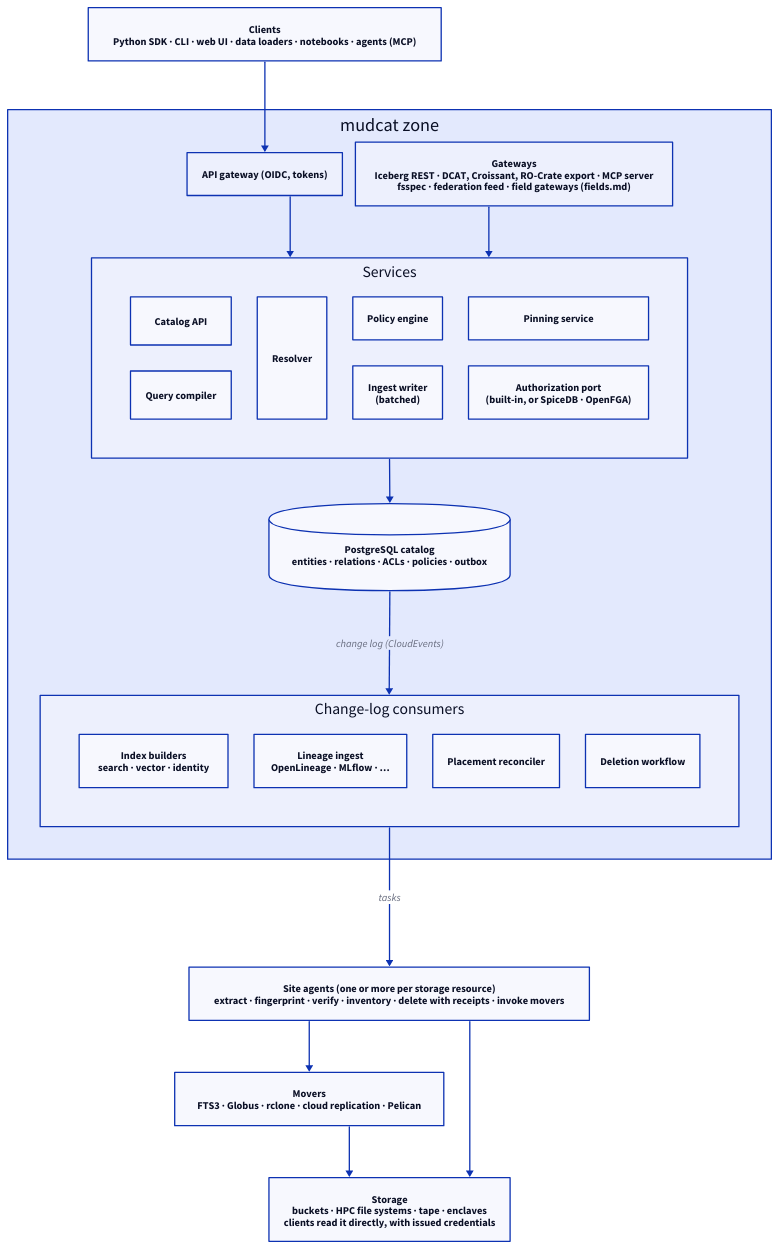
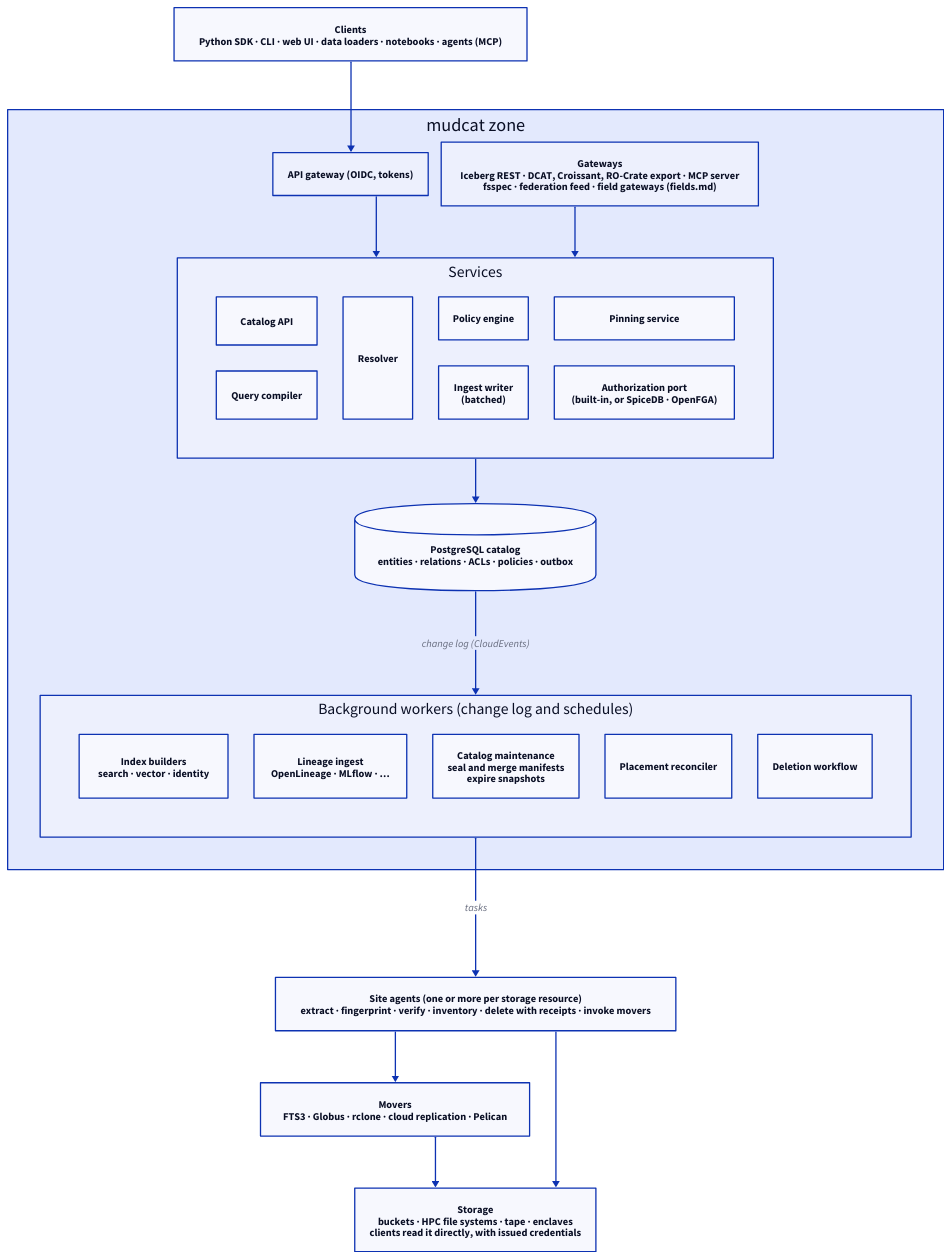
One commit to brianv0/mudcat changed the diagram in docs/architecture.md. Above: the diagram before and after it, drawn with D2. The commit also changed other lines of this file and 1 other file, not shown here.

First line of the commit message:
Split maintenance between catalog maintenance and site agents

````diff
--- a/docs/architecture.md
+++ b/docs/architecture.md
@@ -31,54 +31,55 @@
 ```d2
 vars: {
   d2-config: {
     layout-engine: elk
   }
 }
 direction: down
 
 clients: "Clients\nPython SDK · CLI · web UI · data loaders · notebooks · agents (MCP)"
 
 zone: mudcat zone {
   gateway: "API gateway (OIDC, tokens)"
   gateways: "Gateways\nIceberg REST · DCAT, Croissant, RO-Crate export · MCP server\nfsspec · federation feed · field gateways (fields.md)"
 
   services: Services {
     grid-columns: 4
     api: Catalog API
     query: Query compiler
     resolver: Resolver
     policy: Policy engine
     ingest: "Ingest writer\n(batched)"
     pinning: Pinning service
     authz: "Authorization port\n(built-in, or SpiceDB · OpenFGA)"
   }
 
   db: "PostgreSQL catalog\nentities · relations · ACLs · policies · outbox" {
     shape: cylinder
   }
 
-  consumers: Change-log consumers {
-    grid-columns: 4
+  consumers: "Background workers (change log and schedules)" {
+    grid-columns: 5
     index: "Index builders\nsearch · vector · identity"
     lineage: "Lineage ingest\nOpenLineage · MLflow · …"
+    maintenance: "Catalog maintenance\nseal and merge manifests\nexpire snapshots"
     placement: Placement reconciler
     deletion: Deletion workflow
   }
 
   gateway -> services
   gateways -> services
   services -> db
   db -> consumers: change log (CloudEvents)
 }
 
 agents: "Site agents (one or more per storage resource)\nextract · fingerprint · verify · inventory · delete with receipts · invoke movers"
 
 storage: "Storage\nbuckets · HPC file systems · tape · enclaves\nclients read it directly, with issued credentials"
 movers: "Movers\nFTS3 · Globus · rclone · cloud replication · Pelican"
 
 clients -> zone.gateway
 zone.consumers -> agents: tasks
 agents -> movers
 agents -> storage
 movers -> storage
 ```
````
